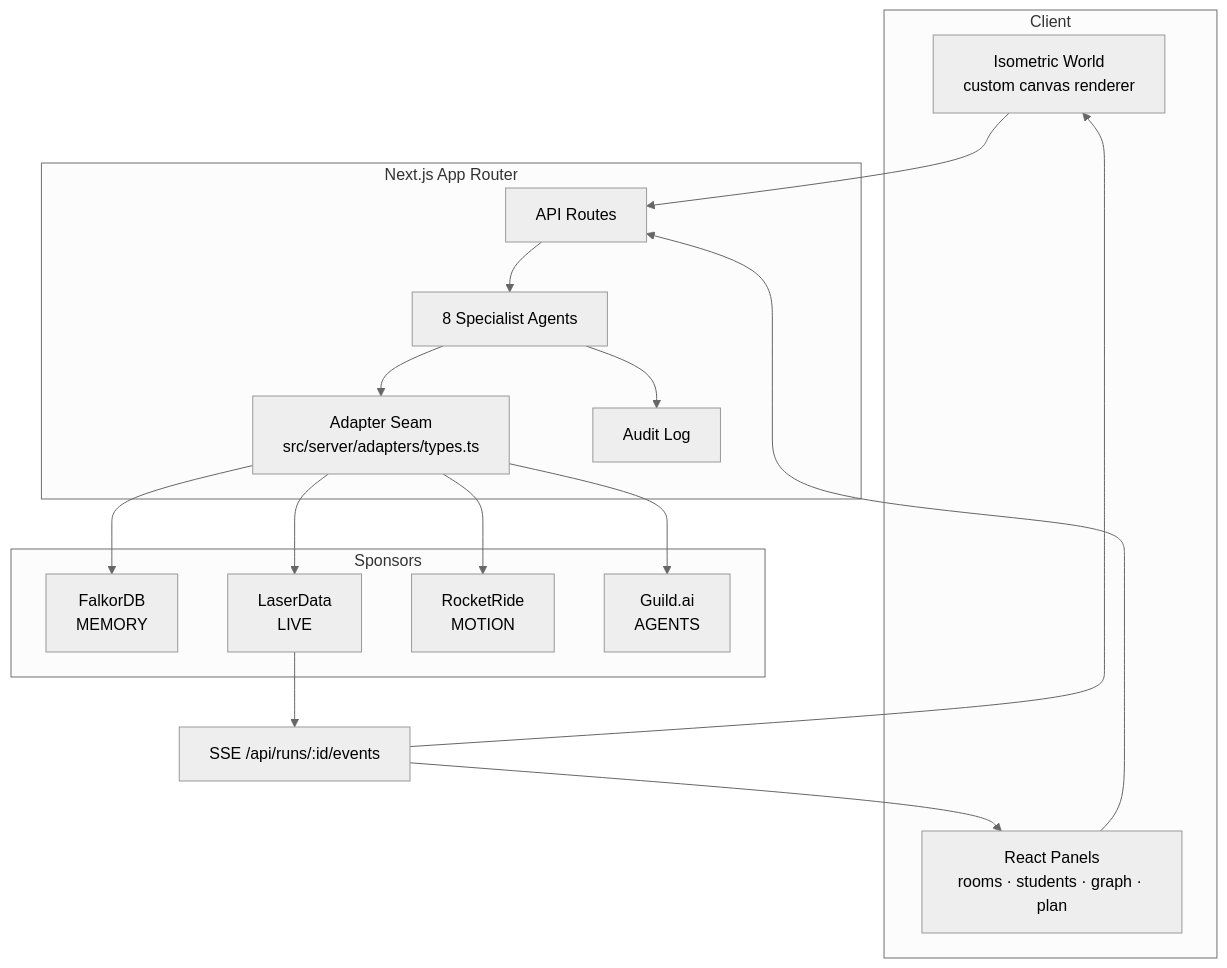
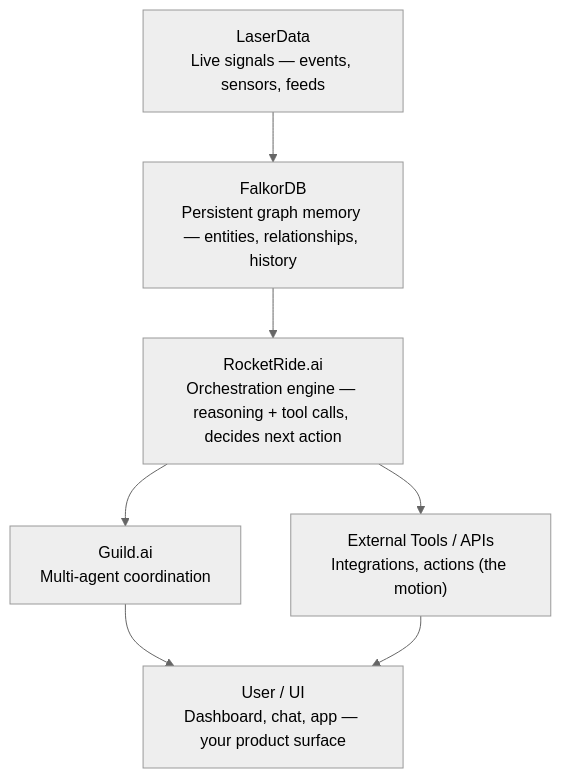
One commit to nathansso/Atrium. changed the second of 2 diagrams in README.md. Above: the diagram before and after it, drawn with Mermaid (neutral theme). The commit also changed other lines of this file and 1 other file, not shown here.

Commit message:
docs: replace architecture diagram with recommended sequential pipeline
Swap the parallel adapter-seam System Overview for the recommended
top-to-bottom flow: LaserData -> FalkorDB -> RocketRide.ai ->
{Guild.ai, External Tools/APIs} -> User/UI. Embed the reference image
and keep a matching Mermaid block as a plain-Markdown fallback.

````diff
--- a/README.md
+++ b/README.md
@@ -106,34 +113,16 @@
 ```mermaid
 flowchart TD
-  subgraph Client
-    UI["Isometric World<br/>custom canvas renderer"]
-    PANELS["React Panels<br/>rooms · students · graph · plan"]
-  end
+  LASER["LaserData<br/>Live signals — events, sensors, feeds"]
+  FALKOR["FalkorDB<br/>Persistent graph memory — entities, relationships, history"]
+  ROCKET["RocketRide.ai<br/>Orchestration engine — reasoning + tool calls, decides next action"]
+  GUILD["Guild.ai<br/>Multi-agent coordination"]
+  TOOLS["External Tools / APIs<br/>Integrations, actions (the motion)"]
+  UI["User / UI<br/>Dashboard, chat, app — your product surface"]
 
-  subgraph Server["Next.js App Router"]
-    API["API Routes"]
-    AGENTS["8 Specialist Agents"]
-    ADAPTERS["Adapter Seam<br/>src/server/adapters/types.ts"]
-    AUDIT["Audit Log"]
-  end
-
-  subgraph Sponsors
-    FALKOR["FalkorDB<br/>MEMORY"]
-    LASER["LaserData<br/>LIVE"]
-    ROCKET["RocketRide<br/>MOTION"]
-    GUILD["Guild.ai<br/>AGENTS"]
-  end
-
-  UI --> API
-  PANELS --> API
-  API --> AGENTS
-  AGENTS --> ADAPTERS
-  ADAPTERS --> FALKOR
-  ADAPTERS --> LASER
-  ADAPTERS --> ROCKET
-  ADAPTERS --> GUILD
-  AGENTS --> AUDIT
-  LASER --> SSE["SSE /api/runs/:id/events"]
-  SSE --> UI
-  SSE --> PANELS
+  LASER --> FALKOR
+  FALKOR --> ROCKET
+  ROCKET --> GUILD
+  ROCKET --> TOOLS
+  GUILD --> UI
+  TOOLS --> UI
 ```
````
